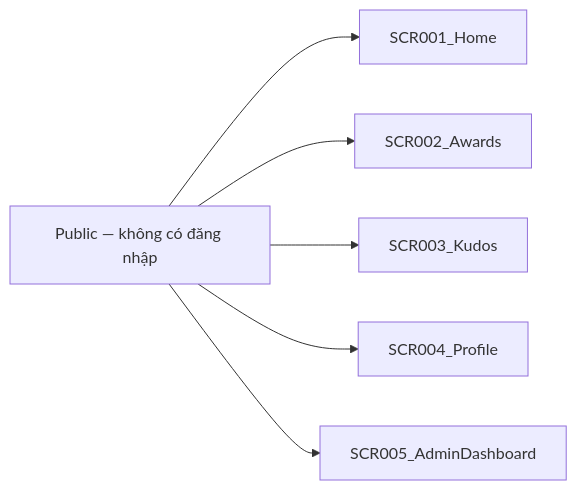
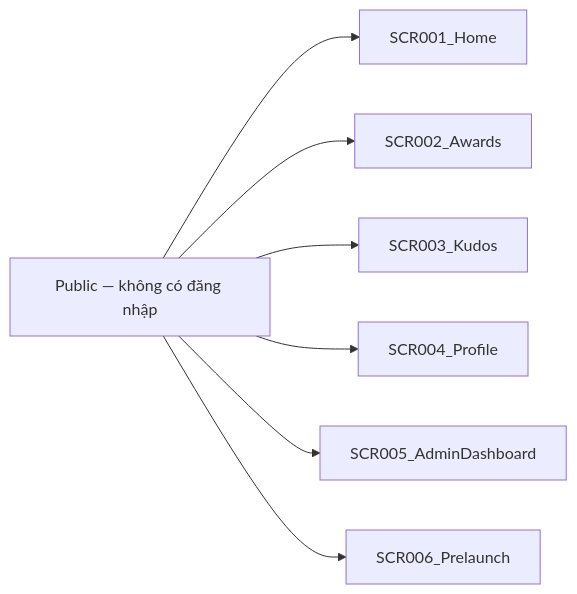
One commit to haitt-2557/agentic-coding-hands-on changed the second of 2 diagrams in docs/vi/generated/screen-flow.md. Above: the diagram before and after it, drawn with Mermaid. The commit also changed other lines of this file and 72 other files, not shown here.

````diff
--- a/docs/vi/generated/screen-flow.md
+++ b/docs/vi/generated/screen-flow.md
@@ -131,8 +163,9 @@
 ```mermaid
 graph LR
     A["Public — không có đăng nhập"] --> B["SCR001_Home"]
     A --> C["SCR002_Awards"]
     A --> D["SCR003_Kudos"]
     A --> E["SCR004_Profile"]
     A --> F["SCR005_AdminDashboard"]
+    A --> G["SCR006_Prelaunch"]
 ```
````
